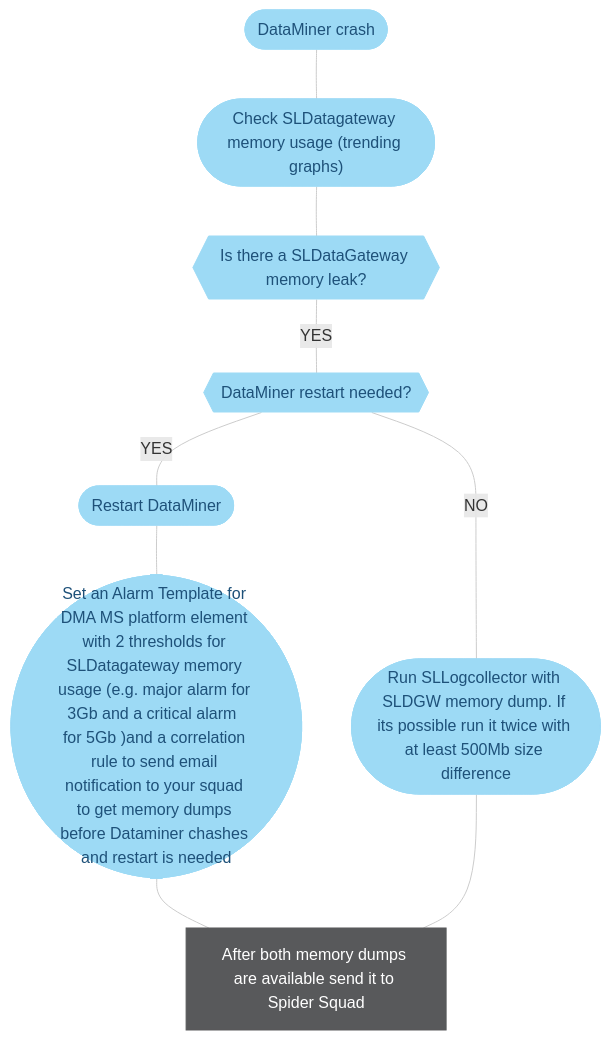
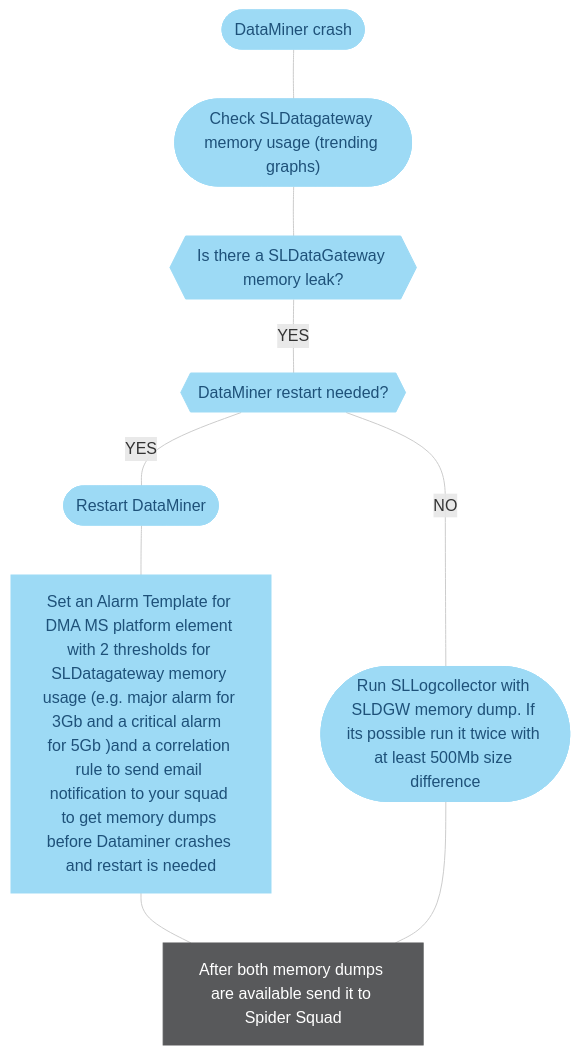
The fourth of 5 diagrams in user-guide/Troubleshooting/Troubleshooting_Flowcharts/Troubleshooting_Process_Identification/Database_processes/Troubleshooting_SLDataGateway_exe.md (SkylineCommunications/dataminer-docs), drawn with Mermaid before and after one commit. The commit also changed 13 other files, not shown here.

````diff
--- a/user-guide/Troubleshooting/Troubleshooting_Flowcharts/Troubleshooting_Process_Identification/Database_processes/Troubleshooting_SLDataGateway_exe.md
+++ b/user-guide/Troubleshooting/Troubleshooting_Flowcharts/Troubleshooting_Process_Identification/Database_processes/Troubleshooting_SLDataGateway_exe.md
@@ -145,38 +145,38 @@
 ```mermaid
 flowchart TD
 %% -------------------------------------------------------------------------
 %% Cassandra flowchart - Nodetool Status
 %% -------------------------------------------------------------------------
 %% -------------------------------------------------------------------------
 %% Define styles
 %% -------------------------------------------------------------------------
 linkStyle default stroke:#cccccc
 classDef classAction fill:#dddddd,stroke:#dddddd,color:#1E5179,stroke-width:1px;
 classDef classActionClickable fill:#999999,stroke:#999999,color:#ffffff,stroke-width:1px;
 classDef classDecision fill:#4baeea,stroke:#4baeea,color:#ffffff,stroke-width:1px;
 classDef classExternalRef fill:#9ddaf5,stroke:#9ddaf5,color:#1E5179,stroke-width:1px;
 classDef classSolution fill:#58595b,stroke:#58595b,color:#ffffff,stroke-width:1px;
 classDef classTerminal fill:#1e5179,stroke:#1e5179,color:#ffffff,stroke-width:1px;
 %% -------------------------------------------------------------------------
 %% flowchart structure
 %% -------------------------------------------------------------------------
 Action_DataMinerCrash([DataMiner crash]):::classExternalRef
 Action_CrashSLDataGateway(["Check SLDatagateway memory usage (trending graphs)"]):::classExternalRef
 Action_CrashSLDataGatewayLeakRestartYes([Restart DataMiner]):::classExternalRef
-Action_CrashSLDataGatewayLeakRestartYes2(["Set an Alarm Template for DMA MS platform element with 2 thresholds for SLDatagateway memory usage (e.g. major alarm for 3Gb and a critical alarm  for 5Gb )and a correlation rule to send email notification to your squad to get memory dumps before Dataminer chashes and restart is needed"]):::classExternalRef
+Action_CrashSLDataGatewayLeakRestartYes2["Set an Alarm Template for DMA MS platform element with 2 thresholds for SLDatagateway memory usage (e.g. major alarm for 3Gb and a critical alarm  for 5Gb )and a correlation rule to send email notification to your squad to get memory dumps before Dataminer crashes and restart is needed"]:::classExternalRef
 Action_CrashSLDataGatewayLeakRestartNo([Run SLLogcollector with SLDGW memory dump. If its possible run it twice with at least 500Mb size difference]):::classExternalRef
 Action_CrashSLDataGatewaySpider[After both memory dumps are available send it to Spider Squad]:::classSolution
 Decision_CrashSLDataGatewayLeak{{Is there a SLDataGateway memory leak?}}:::classExternalRef
 Decision_CrashSLDataGatewayLeakRestart{{DataMiner restart needed?}}:::classExternalRef
     Action_DataMinerCrash --- Action_CrashSLDataGateway --- Decision_CrashSLDataGatewayLeak
     Decision_CrashSLDataGatewayLeak --- |YES| Decision_CrashSLDataGatewayLeakRestart
     Decision_CrashSLDataGatewayLeakRestart --- |YES| Action_CrashSLDataGatewayLeakRestartYes
     Decision_CrashSLDataGatewayLeakRestart --- |NO| Action_CrashSLDataGatewayLeakRestartNo
     Action_CrashSLDataGatewayLeakRestartYes --- Action_CrashSLDataGatewayLeakRestartYes2 --- Action_CrashSLDataGatewaySpider
     Action_CrashSLDataGatewayLeakRestartNo --- Action_CrashSLDataGatewaySpider
 %% -------------------------------------------------------------------------
 %% all blocks terminating at a common End?
 %% -------------------------------------------------------------------------
 %% Apply styles to blocks
 %% -------------------------------------------------------------------------
 ```
````
